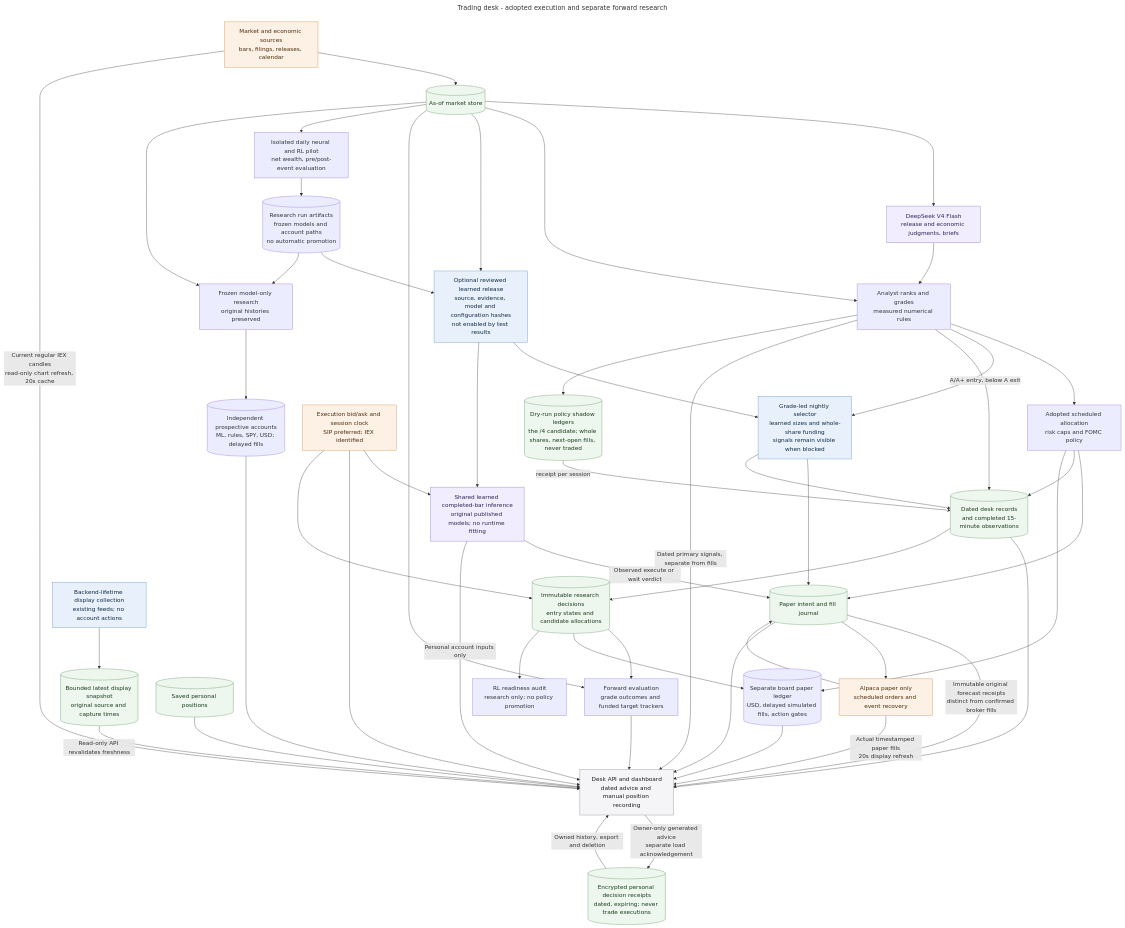
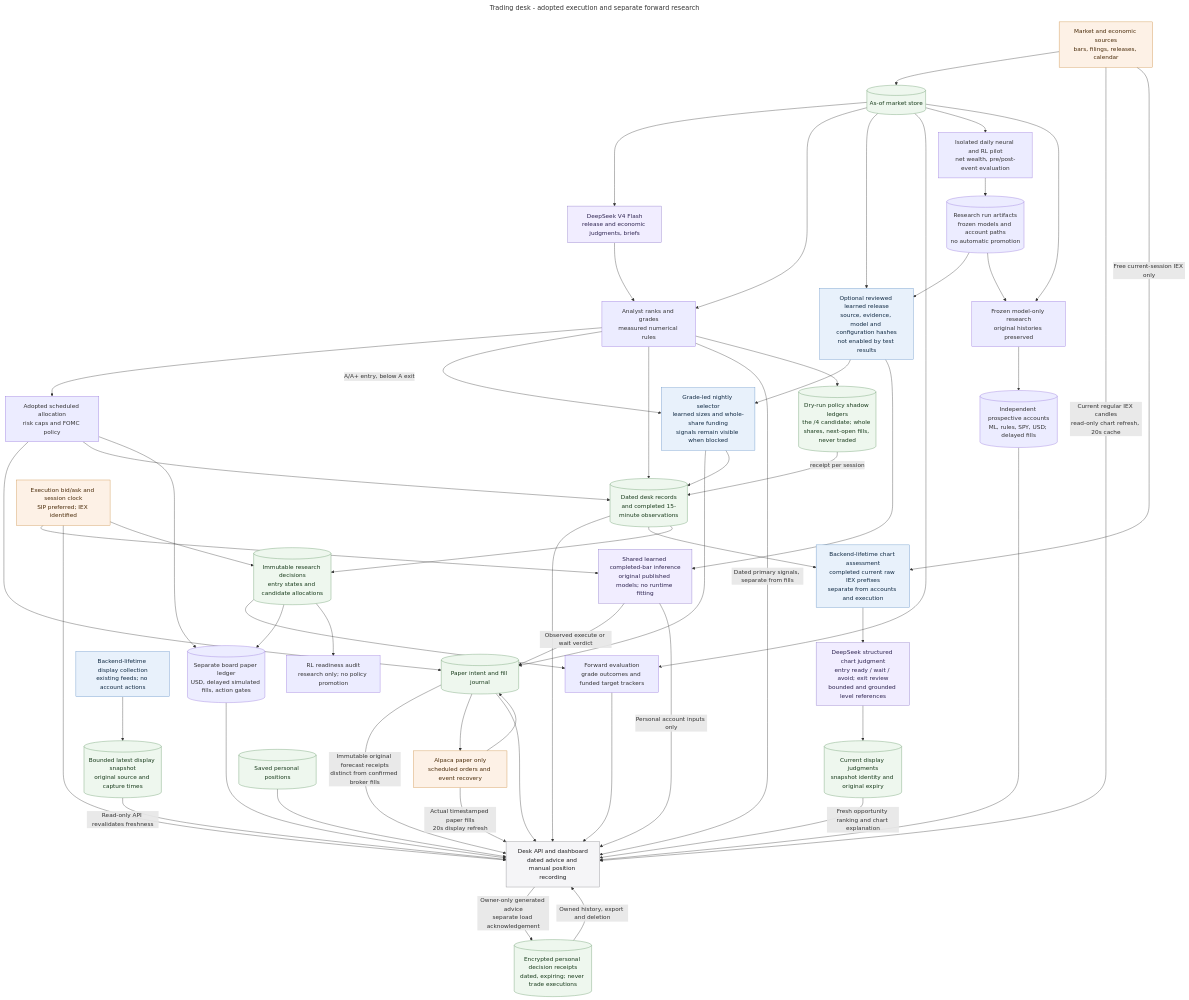
The diagram in docs/diagrams/agent-trading-desk.mmd (MallyaAni/PersonalAssistant), drawn with Mermaid before and after one commit. The commit also changed 28 other files, not shown here.

Commit message:
Rank fresh dashboard opportunities with grounded chart judgments

```diff
--- a/docs/diagrams/agent-trading-desk.mmd
+++ b/docs/diagrams/agent-trading-desk.mmd
@@ -1,64 +1,69 @@
 ---
 title: Trading desk - adopted execution and separate forward research
 ---
 flowchart TB
     Providers[Market and economic sources<br/>bars, filings, releases, calendar] --> Store[(As-of market store)]
     Store --> Models[DeepSeek V4 Flash<br/>release and economic judgments, briefs]
     Store --> Grades[Analyst ranks and grades<br/>measured numerical rules]
     Models --> Grades
     Grades --> Plan[Adopted scheduled allocation<br/>risk caps and FOMC policy]
     Artifacts --> Admission[Optional reviewed learned release<br/>source, evidence, model and configuration hashes<br/>not enabled by test results]
     Store --> Admission
     Admission --> LearnedPlan[Grade-led nightly selector<br/>learned sizes and whole-share funding<br/>signals remain visible when blocked]
     Grades -->|A/A+ entry, below A exit| LearnedPlan
     LearnedPlan --> Journal
     LearnedPlan --> Records
     Admission --> LearnedTiming[Shared learned completed-bar inference<br/>original published models; no runtime fitting]
     Quotes --> LearnedTiming
     LearnedTiming -->|Observed execute or wait verdict| Journal
     LearnedTiming -->|Personal account inputs only| View
     Journal -->|Immutable original forecast receipts<br/>distinct from confirmed broker fills| View
     Plan --> Journal[(Paper intent and fill journal)]
     Journal --> Broker[Alpaca paper only<br/>scheduled orders and event recovery]
     Broker --> Journal
     Grades --> Records[(Dated desk records<br/>and completed 15-minute observations)]
     Plan --> Records
     Records --> View[Desk API and dashboard<br/>dated advice and manual position recording]
     Grades -->|Dated primary signals, separate from fills| View
     Journal --> View
     Providers -->|Current regular IEX candles<br/>read-only chart refresh, 20s cache| View
     Broker -->|Actual timestamped paper fills<br/>20s display refresh| View
     Quotes[Execution bid/ask and session clock<br/>SIP preferred; IEX identified] --> View
     DisplayCollector[Backend-lifetime display collection<br/>existing feeds; no account actions] --> DisplaySnapshot[(Bounded latest display snapshot<br/>original source and capture times)]
     DisplaySnapshot -->|Read-only API revalidates freshness| View
+    Records --> SetupCollector[Backend-lifetime chart assessment<br/>completed current raw IEX prefixes<br/>separate from accounts and execution]
+    Providers -->|Free current-session IEX only| SetupCollector
+    SetupCollector --> SetupModel[DeepSeek structured chart judgment<br/>entry ready / wait / avoid; exit review<br/>bounded and grounded level references]
+    SetupModel --> Setups[(Current display judgments<br/>snapshot identity and original expiry)]
+    Setups -->|Fresh opportunity ranking and chart explanation| View
     Holdings[(Saved personal positions)] --> View
     View -->|Owner-only generated advice<br/>separate load acknowledgement| PersonalHistory[(Encrypted personal decision receipts<br/>dated, expiring; never trade executions)]
     PersonalHistory -->|Owned history, export and deletion| View
     Records --> Research[(Immutable research decisions<br/>entry states and candidate allocations)]
     Quotes --> Research
     Research --> Evidence[Forward evaluation<br/>grade outcomes and funded target trackers]
     Store --> Evidence
     Evidence --> View
     Research --> Shadow[(Separate board paper ledger<br/>USD, delayed simulated fills, action gates)]
     Plan --> Shadow
     Shadow --> View
     Research --> Audit[RL readiness audit<br/>research only; no policy promotion]
     Store --> Pilot[Isolated daily neural and RL pilot<br/>net wealth, pre/post-event evaluation]
     Pilot --> Artifacts[(Research run artifacts<br/>frozen models and account paths<br/>no automatic promotion)]
     Artifacts --> Frozen[Frozen model-only research<br/>original histories preserved]
     Store --> Frozen
     Frozen --> MLForward[(Independent prospective accounts<br/>ML, rules, SPY, USD; delayed fills)]
     MLForward --> View
     Grades --> PolicyShadow[(Dry-run policy shadow ledgers<br/>the /4 candidate; whole shares, next-open fills, never traded)]
     PolicyShadow -->|receipt per session| Records
 
     classDef data fill:#eef7ee,stroke:#5f9562,color:#183b1b;
     classDef external fill:#fdf1e6,stroke:#c98a3d,color:#4a2c0a;
     classDef model fill:#f1edff,stroke:#8872c6,color:#2e2450;
     classDef interface fill:#f5f5f7,stroke:#86868b,color:#1d1d1f;
     classDef application fill:#e8f1fb,stroke:#5e8fc4,color:#102a43;
-    class Store,Journal,Records,Holdings,Research,PersonalHistory,DisplaySnapshot,PolicyShadow data;
+    class Store,Journal,Records,Holdings,Research,PersonalHistory,DisplaySnapshot,PolicyShadow,Setups data;
     class Providers,Broker,Quotes external;
-    class Models,LearnedTiming model;
+    class Models,LearnedTiming,SetupModel model;
     class View interface;
-    class DisplayCollector,Admission,LearnedPlan application;
+    class DisplayCollector,Admission,LearnedPlan,SetupCollector application;
```
